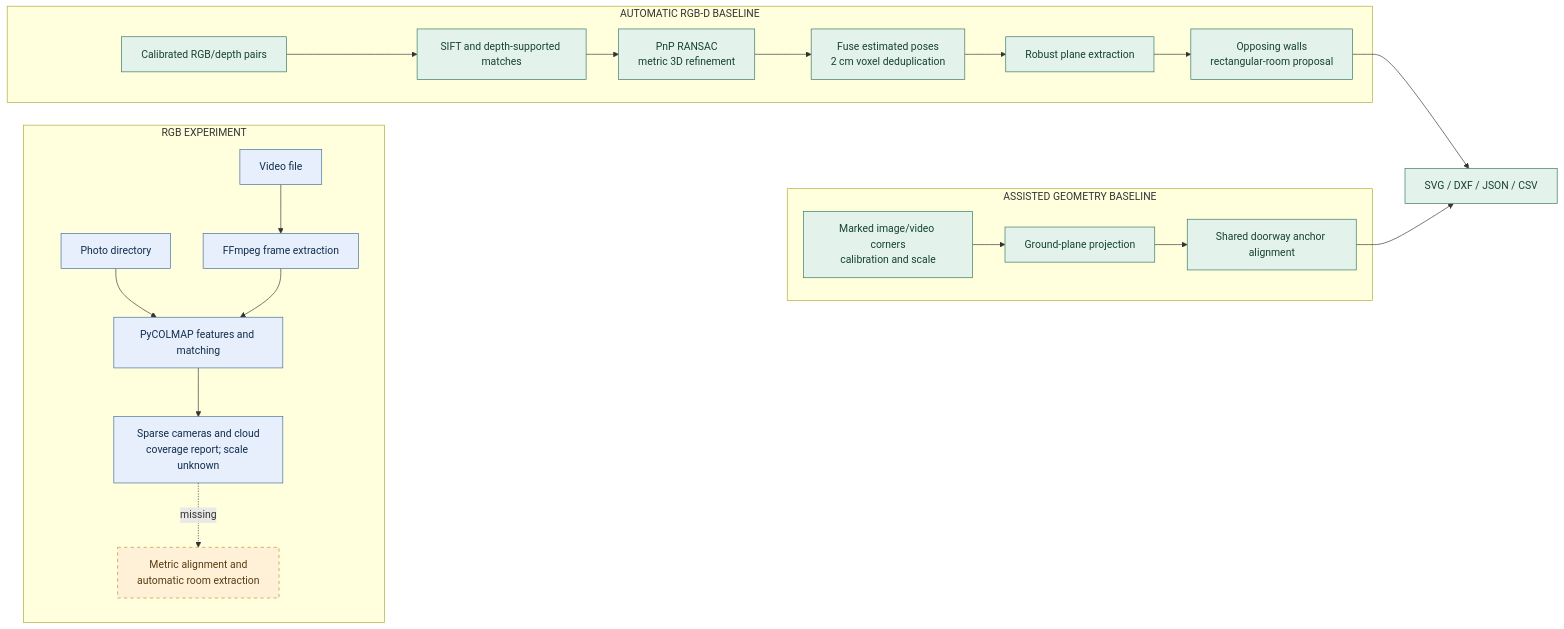
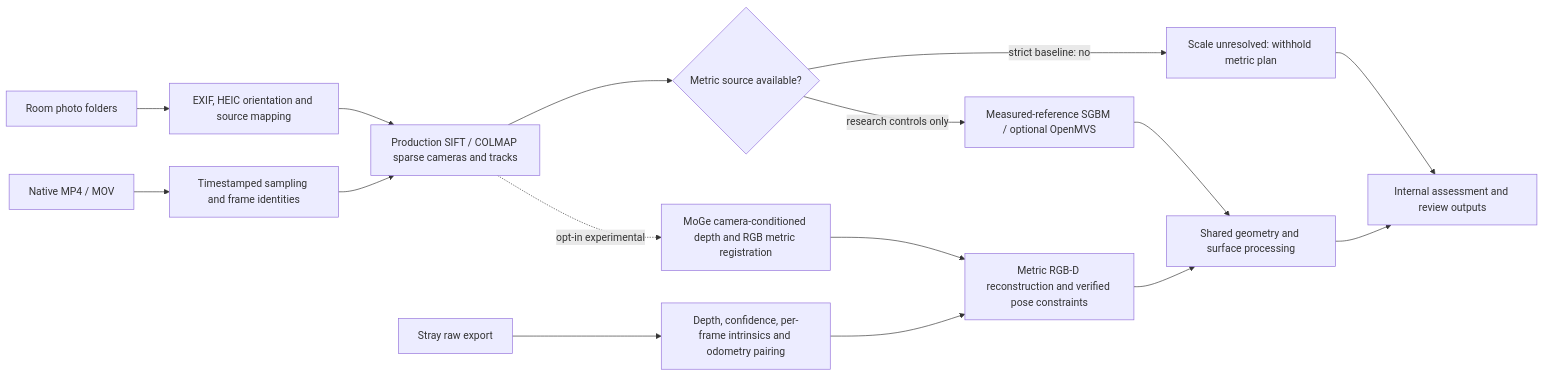
Before and after one commit to Tarun11112003/phone-to-floorplan: the second of 2 diagrams in docs/ARCHITECTURE.md, drawn with Mermaid. The commit also changed other lines of this file and 2 other files, not shown here.

````diff
--- a/docs/ARCHITECTURE.md
+++ b/docs/ARCHITECTURE.md
@@ -57,29 +32,18 @@
 ```mermaid
 flowchart LR
-  subgraph rgb[RGB EXPERIMENT]
-    P[Photo directory] --> C[PyCOLMAP features and matching]
-    V[Video file] --> F[FFmpeg frame extraction]
-    F --> C
-    C --> M["Sparse cameras and cloud<br/>coverage report; scale unknown"]
-    M -. missing .-> A["Metric alignment and<br/>automatic room extraction"]
-  end
-  subgraph depth[AUTOMATIC RGB-D BASELINE]
-    PAIR[Calibrated RGB/depth pairs] --> FEAT[SIFT and depth-supported matches]
-    FEAT --> POSE["PnP RANSAC<br/>metric 3D refinement"]
-    POSE --> CLOUD["Fuse estimated poses<br/>2 cm voxel deduplication"]
-    CLOUD --> PL[Robust plane extraction]
-    PL --> REC["Opposing walls<br/>rectangular-room proposal"]
-  end
-  subgraph assisted[ASSISTED GEOMETRY BASELINE]
-    ANN["Marked image/video corners<br/>calibration and scale"] --> PROJ[Ground-plane projection]
-    PROJ --> STITCH[Shared doorway anchor alignment]
-  end
-  REC --> EXP[SVG / DXF / JSON / CSV]
-  STITCH --> EXP
-  classDef ready fill:#e3f3eb,stroke:#32745c,color:#174233;
-  classDef experiment fill:#e6effb,stroke:#416a99,color:#122d4d;
-  classDef missing fill:#fff1d7,stroke:#c0872e,color:#5a3b12,stroke-dasharray: 5 5;
-  class PAIR,FEAT,POSE,CLOUD,PL,REC,ANN,PROJ,STITCH,EXP ready;
-  class P,V,F,C,M experiment;
-  class A missing;
+  P[Room photo folders] --> PI[EXIF, HEIC orientation and source mapping]
+  V[Native MP4 / MOV] --> VI[Timestamped sampling and frame identities]
+  PI --> S[Production SIFT / COLMAP sparse cameras and tracks]
+  VI --> S
+  S --> Q{Metric source available?}
+  Q -->|strict baseline: no| N[Scale unresolved: withhold metric plan]
+  Q -->|research controls only| RD[Measured-reference SGBM / optional OpenMVS]
+  S -. opt-in experimental .-> M[MoGe camera-conditioned depth and RGB metric registration]
+  L[Stray raw export] --> LI[Depth, confidence, per-frame intrinsics and odometry pairing]
+  LI --> R[Metric RGB-D reconstruction and verified pose constraints]
+  M --> R
+  RD --> G[Shared geometry and surface processing]
+  R --> G
+  G --> OUT[Internal assessment and review outputs]
+  N --> OUT
 ```
````
